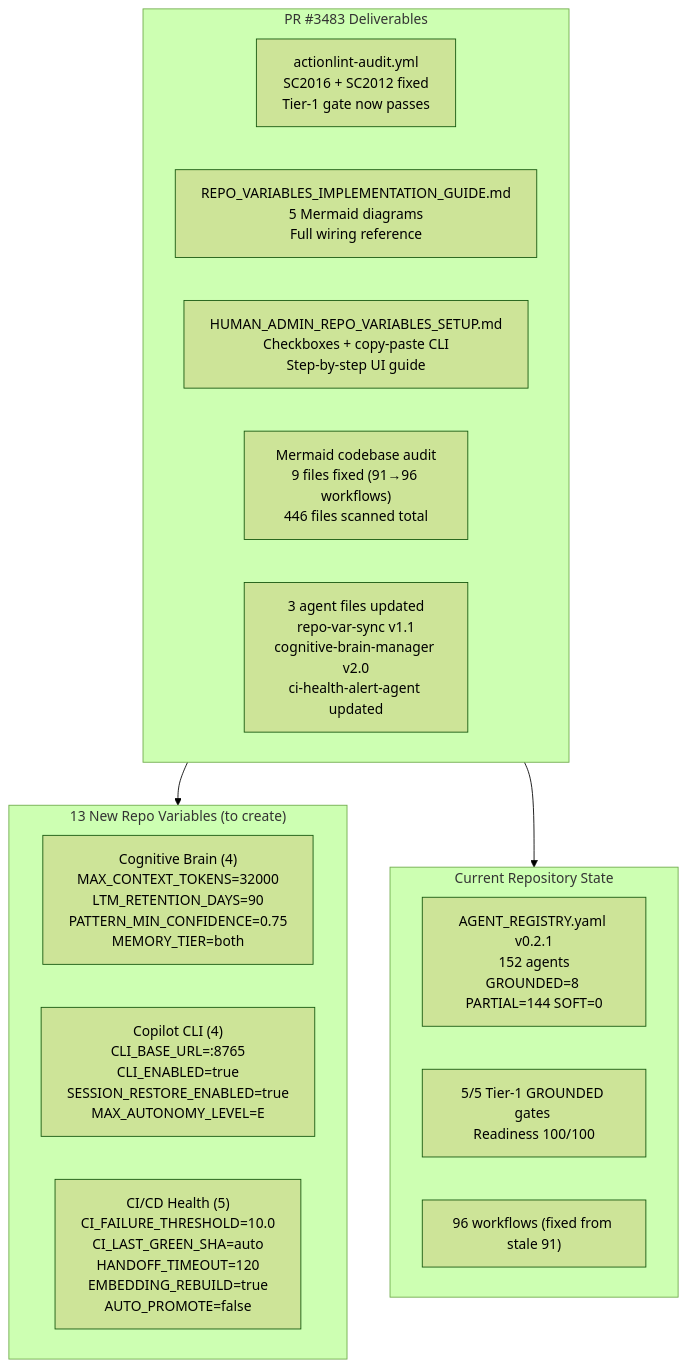
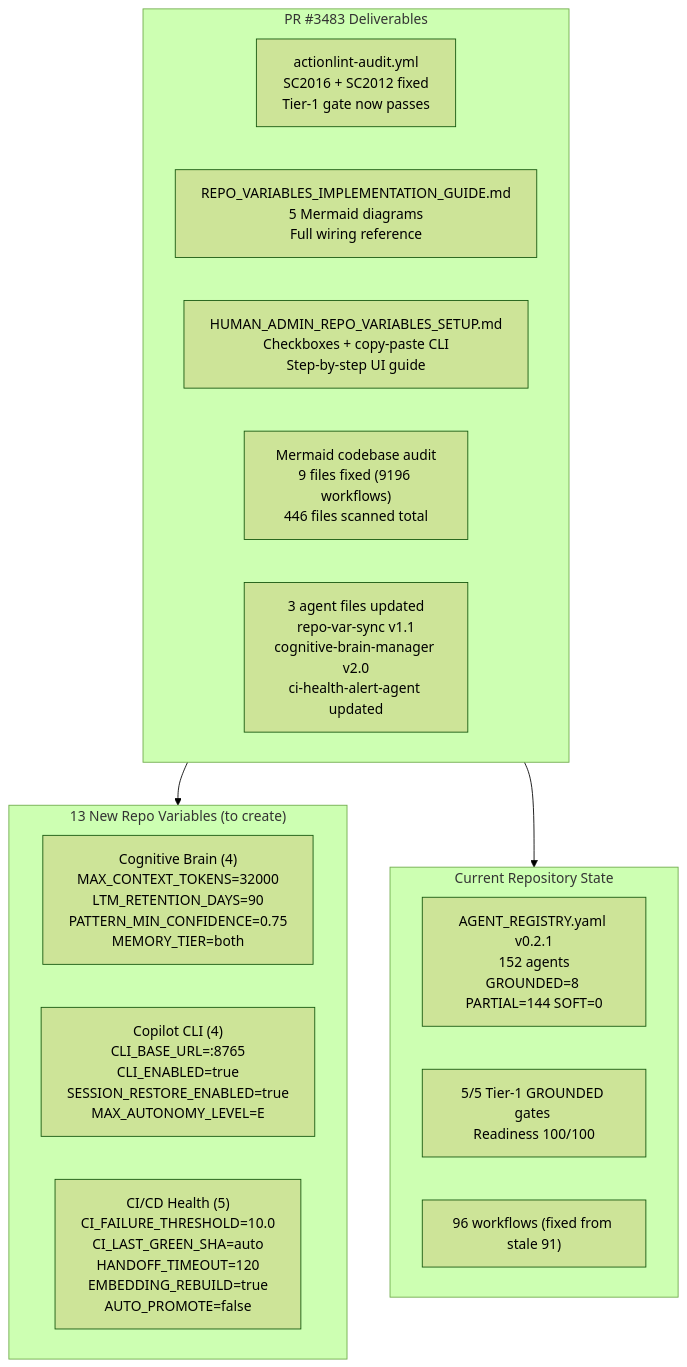
The first of 2 diagrams in docs/cognitive_brain/status/COGNITIVE_BRAIN_STATUS_PR3483.md (Aries-Serpent/_codex_), drawn with Mermaid (forest theme) before and after one commit. The commit also changed other lines of this file and 588 other files, not shown here.

````diff
--- a/docs/cognitive_brain/status/COGNITIVE_BRAIN_STATUS_PR3483.md
+++ b/docs/cognitive_brain/status/COGNITIVE_BRAIN_STATUS_PR3483.md
@@ -39,28 +39,28 @@
 ```mermaid
 %%{init: {'accessibility': {'title': 'Diagram showing "PR #3483 Deliverables", " actionlint-audit.yml\nSC2016 + SC2012 fixed\nTier-1 gate now passes"'}}%%
 
 graph TB
-    subgraph PR3483["PR #3483 Deliverables"]
-        FIX1[" actionlint-audit.yml\nSC2016 + SC2012 fixed\nTier-1 gate now passes"]
-        DOCS1[" REPO_VARIABLES_IMPLEMENTATION_GUIDE.md\n5 Mermaid diagrams\nFull wiring reference"]
-        DOCS2[" HUMAN_ADMIN_REPO_VARIABLES_SETUP.md\nCheckboxes + copy-paste CLI\nStep-by-step UI guide"]
-        AUDIT[" Mermaid codebase audit\n9 files fixed (91→96 workflows)\n446 files scanned total"]
-        AGENTS[" 3 agent files updated\nrepo-var-sync v1.1\ncognitive-brain-manager v2.0\nci-health-alert-agent updated"]
-    end
+ subgraph PR3483["PR #3483 Deliverables"]
+ FIX1[" actionlint-audit.yml\nSC2016 + SC2012 fixed\nTier-1 gate now passes"]
+ DOCS1[" REPO_VARIABLES_IMPLEMENTATION_GUIDE.md\n5 Mermaid diagrams\nFull wiring reference"]
+ DOCS2[" HUMAN_ADMIN_REPO_VARIABLES_SETUP.md\nCheckboxes + copy-paste CLI\nStep-by-step UI guide"]
+ AUDIT[" Mermaid codebase audit\n9 files fixed (9196 workflows)\n446 files scanned total"]
+ AGENTS[" 3 agent files updated\nrepo-var-sync v1.1\ncognitive-brain-manager v2.0\nci-health-alert-agent updated"]
+ end
 
-    subgraph VARS["13 New Repo Variables (to create)"]
-        CB_VARS["Cognitive Brain (4)\nMAX_CONTEXT_TOKENS=32000\nLTM_RETENTION_DAYS=90\nPATTERN_MIN_CONFIDENCE=0.75\nMEMORY_TIER=both"]
-        CLI_VARS["Copilot CLI (4)\nCLI_BASE_URL=:8765\nCLI_ENABLED=true\nSESSION_RESTORE_ENABLED=true\nMAX_AUTONOMY_LEVEL=E"]
-        CI_VARS["CI/CD Health (5)\nCI_FAILURE_THRESHOLD=10.0\nCI_LAST_GREEN_SHA=auto\nHANDOFF_TIMEOUT=120\nEMBEDDING_REBUILD=true\nAUTO_PROMOTE=false"]
-    end
+ subgraph VARS["13 New Repo Variables (to create)"]
+ CB_VARS["Cognitive Brain (4)\nMAX_CONTEXT_TOKENS=32000\nLTM_RETENTION_DAYS=90\nPATTERN_MIN_CONFIDENCE=0.75\nMEMORY_TIER=both"]
+ CLI_VARS["Copilot CLI (4)\nCLI_BASE_URL=:8765\nCLI_ENABLED=true\nSESSION_RESTORE_ENABLED=true\nMAX_AUTONOMY_LEVEL=E"]
+ CI_VARS["CI/CD Health (5)\nCI_FAILURE_THRESHOLD=10.0\nCI_LAST_GREEN_SHA=auto\nHANDOFF_TIMEOUT=120\nEMBEDDING_REBUILD=true\nAUTO_PROMOTE=false"]
+ end
 
-    subgraph STATE["Current Repository State"]
-        REG["AGENT_REGISTRY.yaml v0.2.1\n152 agents\nGROUNDED=8 PARTIAL=144 SOFT=0"]
-        GATES["5/5 Tier-1 GROUNDED gates \nReadiness 100/100"]
-        WF["96 workflows (fixed from stale 91)"]
-    end
+ subgraph STATE["Current Repository State"]
+ REG["AGENT_REGISTRY.yaml v0.2.1\n152 agents\nGROUNDED=8 PARTIAL=144 SOFT=0"]
+ GATES["5/5 Tier-1 GROUNDED gates \nReadiness 100/100"]
+ WF["96 workflows (fixed from stale 91)"]
+ end
 
-    PR3483 --> VARS
+ PR3483 --> VARS
 
-    PR3483 --> STATE
+ PR3483 --> STATE
 ```
````
